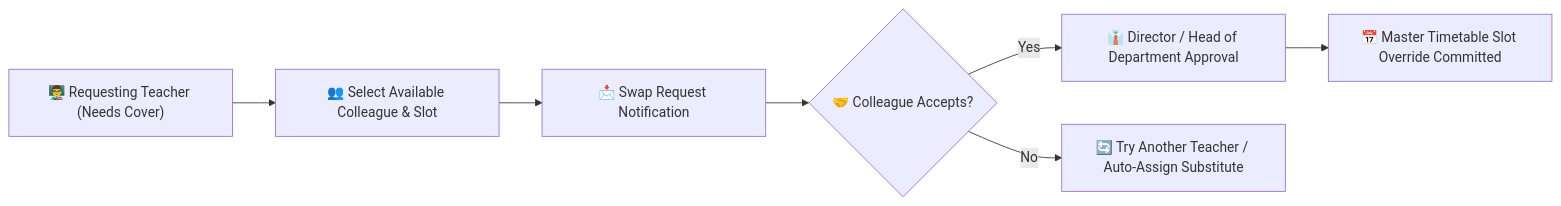
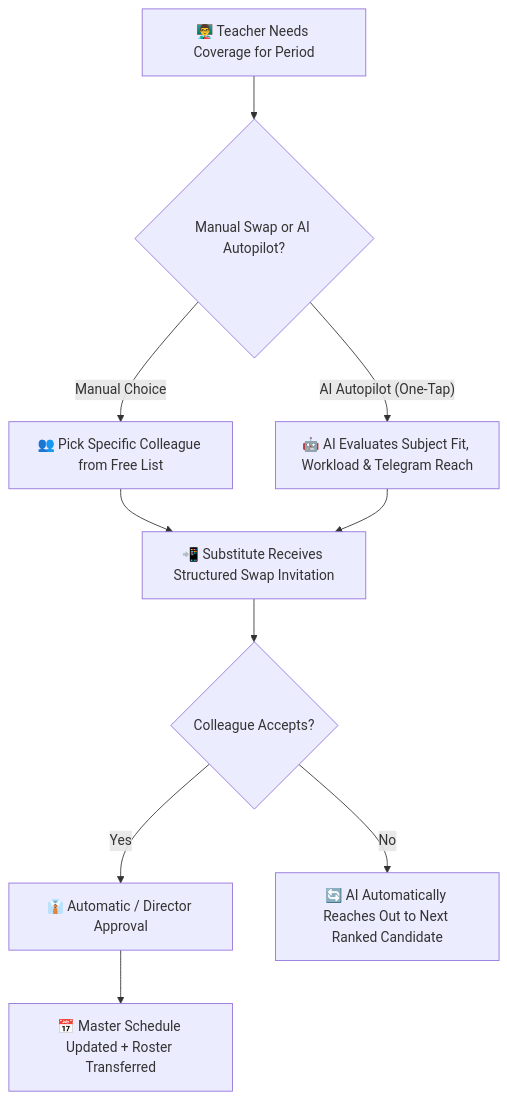
Before and after one commit to usman1121/YeneSchool-Documentation: the diagram in content/3.teacher/10.period-swaps.md, drawn with Mermaid. The commit also changed other lines of this file and 1 other file, not shown here.

Commit message:
feat(ai): add AI Timetable & Substitution Watchdog and integrate AI substitution helper into teacher period swaps guide

````diff
--- a/content/3.teacher/10.period-swaps.md
+++ b/content/3.teacher/10.period-swaps.md
@@ -14,9 +14,11 @@
 ```mermaid
-flowchart LR
-    A["👨‍🏫 Requesting Teacher (Needs Cover)"] --> B["👥 Select Available Colleague & Slot"]
-    B --> C["📩 Swap Request Notification"]
-    C --> D{"🤝 Colleague Accepts?"}
-    D -- Yes --> E["👔 Director / Head of Department Approval"]
-    E --> F["📅 Master Timetable Slot Override Committed"]
-    D -- No --> G["🔄 Try Another Teacher / Auto-Assign Substitute"]
+flowchart TD
+    A["👨‍🏫 Teacher Needs Coverage for Period"] --> B{"Manual Swap or AI Autopilot?"}
+    B -- Manual Choice --> C["👥 Pick Specific Colleague from Free List"]
+    B -- AI Autopilot (One-Tap) --> D["🤖 AI Evaluates Subject Fit, Workload & Telegram Reach"]
+    C & D --> E["📲 Substitute Receives Structured Swap Invitation"]
+    E --> F{"Colleague Accepts?"}
+    F -- Yes --> G["👔 Automatic / Director Approval"]
+    G --> H["📅 Master Schedule Updated + Roster Transferred"]
+    F -- No --> I["🔄 AI Automatically Reaches Out to Next Ranked Candidate"]
 ```
````
